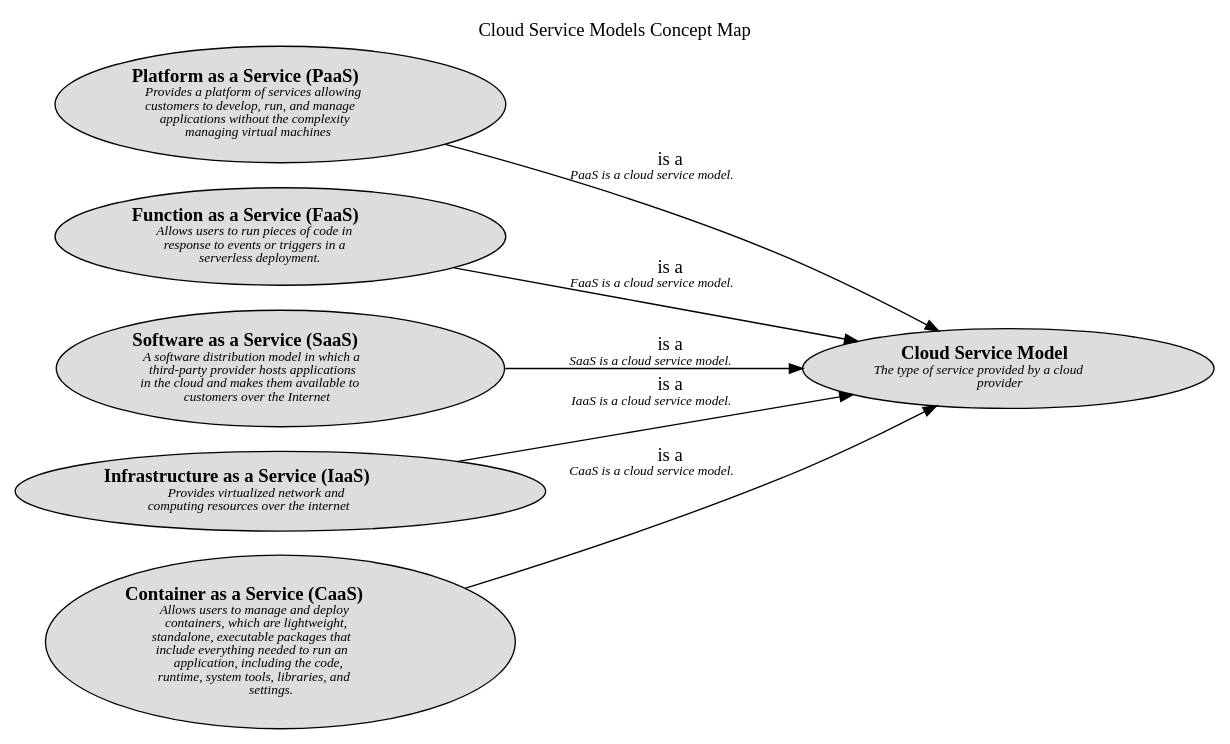
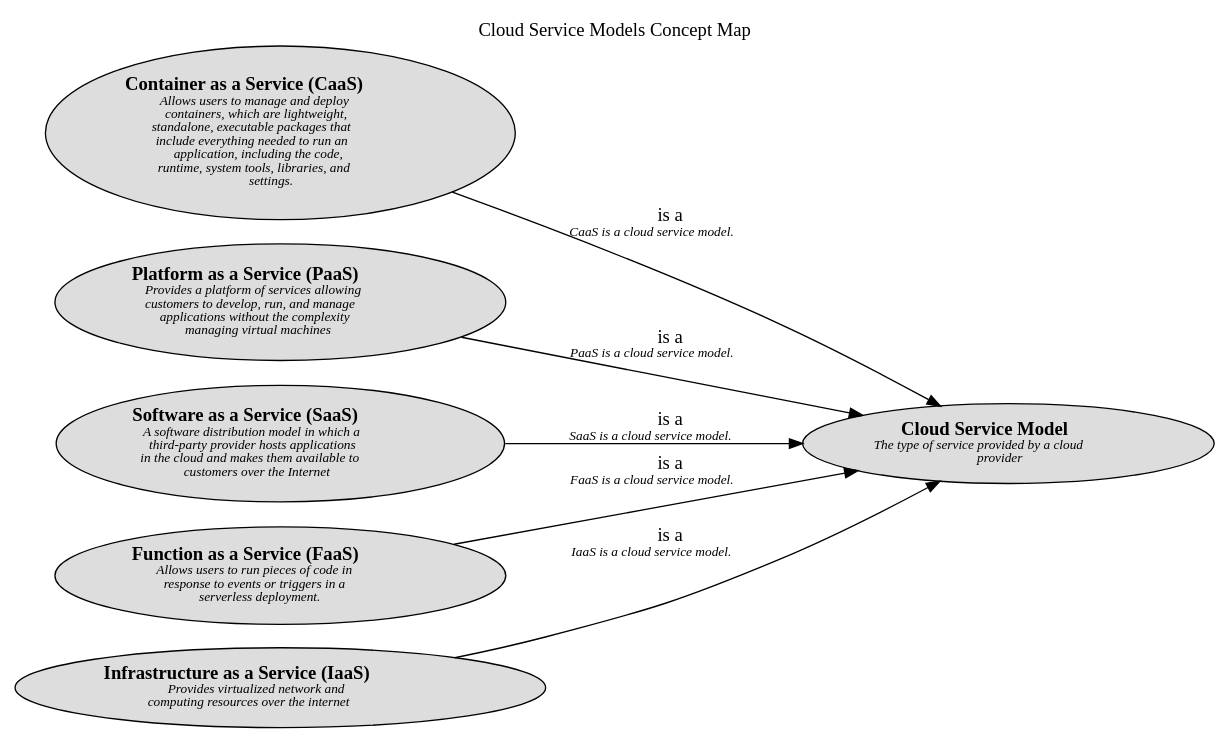
The diagram in docs/software-development/cloud/service-model/concept-view.dot (lsolbach/overarch-models), drawn with Graphviz before and after one commit. The commit also changed other lines of this file and 129 other files, not shown here.

```diff
--- a/docs/software-development/cloud/service-model/concept-view.dot
+++ b/docs/software-development/cloud/service-model/concept-view.dot
@@ -1,22 +1,22 @@
 digraph "Cloud Service Models Concept Map" {
   labelloc= "t"
   label="Cloud Service Models Concept Map"
   rankdir="LR"
 
   layout=dot
+software_development_cloud_service_model__caas [shape=ellipse style=filled fillcolor="#dddddd" label=<<B>Container as a Service (CaaS)</B><BR/><FONT POINT-SIZE="10"><I>Allows users to manage and deploy<BR/>containers, which are lightweight,<BR/>standalone, executable packages that<BR/>include everything needed to run an<BR/>application, including the code,<BR/>runtime, system tools, libraries, and<BR/>settings. </I></FONT>>]
 software_development_cloud_service_model__paas [shape=ellipse style=filled fillcolor="#dddddd" label=<<B>Platform as a Service (PaaS)</B><BR/><FONT POINT-SIZE="10"><I>Provides a platform of services allowing<BR/>customers to develop, run, and manage<BR/>applications without the complexity<BR/>managing virtual machines </I></FONT>>]
+software_development_cloud_service_model__saas [shape=ellipse style=filled fillcolor="#dddddd" label=<<B>Software as a Service (SaaS)</B><BR/><FONT POINT-SIZE="10"><I>A software distribution model in which a<BR/>third-party provider hosts applications<BR/>in the cloud and makes them available to<BR/>customers over the Internet </I></FONT>>]
 software_development_cloud_service_model__faas [shape=ellipse style=filled fillcolor="#dddddd" label=<<B>Function as a Service (FaaS)</B><BR/><FONT POINT-SIZE="10"><I>Allows users to run pieces of code in<BR/>response to events or triggers in a<BR/>serverless deployment. </I></FONT>>]
-software_development_cloud_service_model__saas [shape=ellipse style=filled fillcolor="#dddddd" label=<<B>Software as a Service (SaaS)</B><BR/><FONT POINT-SIZE="10"><I>A software distribution model in which a<BR/>third-party provider hosts applications<BR/>in the cloud and makes them available to<BR/>customers over the Internet </I></FONT>>]
 software_development_cloud_service_model__iaas [shape=ellipse style=filled fillcolor="#dddddd" label=<<B>Infrastructure as a Service (IaaS)</B><BR/><FONT POINT-SIZE="10"><I>Provides virtualized network and<BR/>computing resources over the internet </I></FONT>>]
-software_development_cloud_service_model__caas [shape=ellipse style=filled fillcolor="#dddddd" label=<<B>Container as a Service (CaaS)</B><BR/><FONT POINT-SIZE="10"><I>Allows users to manage and deploy<BR/>containers, which are lightweight,<BR/>standalone, executable packages that<BR/>include everything needed to run an<BR/>application, including the code,<BR/>runtime, system tools, libraries, and<BR/>settings. </I></FONT>>]
 software_development_cloud__cloud_service_model [shape=ellipse style=filled fillcolor="#dddddd" label=<<B>Cloud Service Model</B><BR/><FONT POINT-SIZE="10"><I>The type of service provided by a cloud<BR/>provider </I></FONT>>]
  
 software_development_cloud_service_model__iaas -> software_development_cloud__cloud_service_model [label=<is a<BR/><FONT POINT-SIZE="10"><I>IaaS is a cloud service model. </I></FONT>>]
 software_development_cloud_service_model__faas -> software_development_cloud__cloud_service_model [label=<is a<BR/><FONT POINT-SIZE="10"><I>FaaS is a cloud service model. </I></FONT>>]
 software_development_cloud_service_model__saas -> software_development_cloud__cloud_service_model [label=<is a<BR/><FONT POINT-SIZE="10"><I>SaaS is a cloud service model. </I></FONT>>]
 software_development_cloud_service_model__paas -> software_development_cloud__cloud_service_model [label=<is a<BR/><FONT POINT-SIZE="10"><I>PaaS is a cloud service model. </I></FONT>>]
 software_development_cloud_service_model__caas -> software_development_cloud__cloud_service_model [label=<is a<BR/><FONT POINT-SIZE="10"><I>CaaS is a cloud service model. </I></FONT>>]
  
 }
 
 // (generated by Overarch with template views/view.dot.cmb)
```
